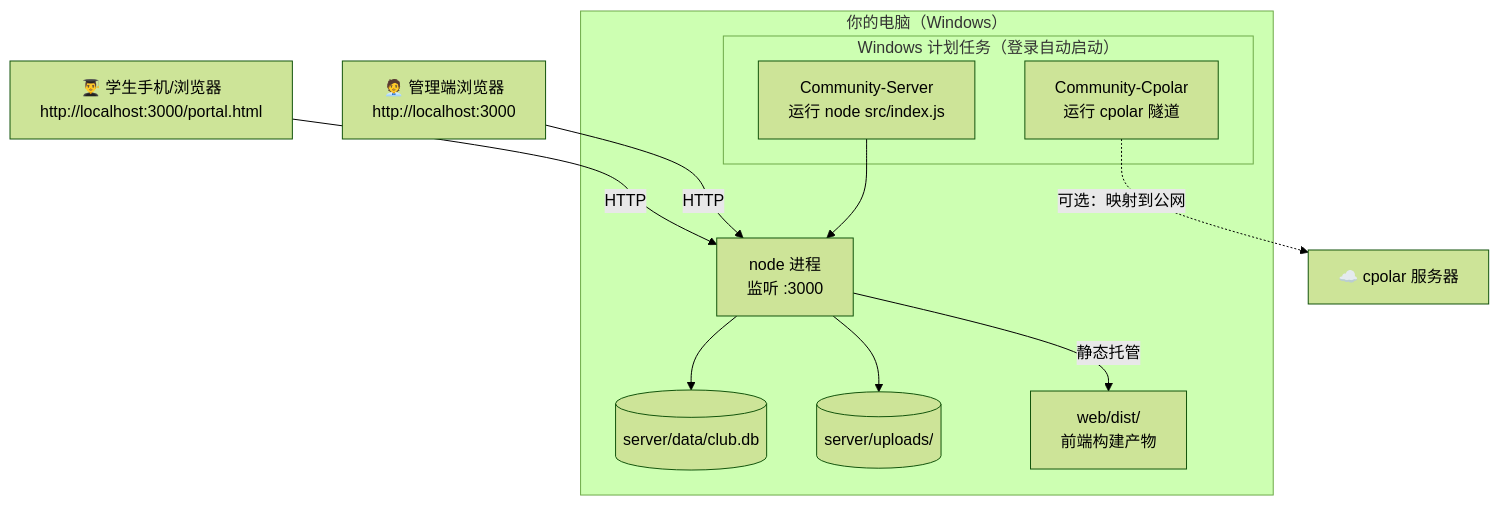
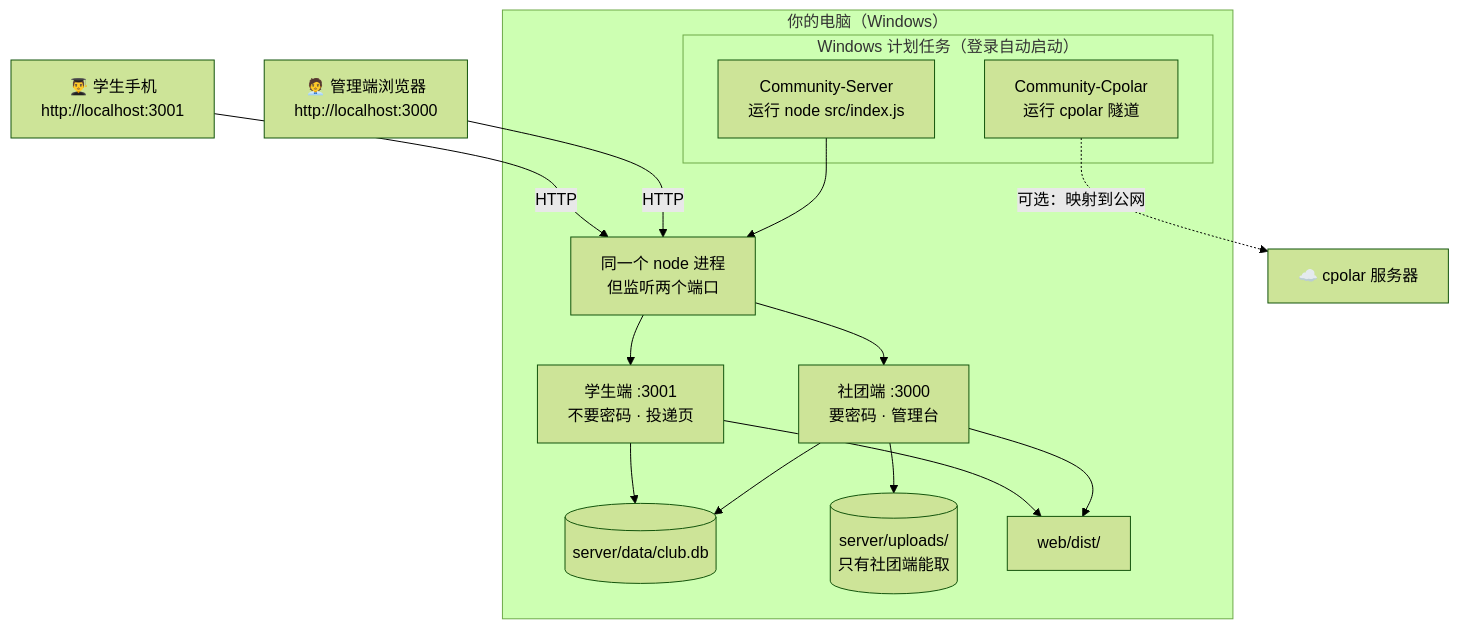
The tenth of 13 diagrams in docs/BEGINNER_GUIDE.md (LLLDIOT/community), drawn with Mermaid (forest theme) before and after one commit. The commit also changed 15 other files, not shown here.

````diff
--- a/docs/BEGINNER_GUIDE.md
+++ b/docs/BEGINNER_GUIDE.md
@@ -665,25 +665,31 @@
 ```mermaid
 flowchart TB
     subgraph PC["你的电脑（Windows）"]
         subgraph 任务["Windows 计划任务（登录自动启动）"]
             T1["Community-Server<br/>运行 node src/index.js"]
             T2["Community-Cpolar<br/>运行 cpolar 隧道"]
         end
-        N["node 进程<br/>监听 :3000"]
+        N["同一个 node 进程<br/>但监听两个端口"]
+        CLUB["社团端 :3000<br/>要密码 · 管理台"]
+        STU["学生端 :3001<br/>不要密码 · 投递页"]
         DBF[("server/data/club.db")]
-        UP[("server/uploads/")]
-        DIST["web/dist/<br/>前端构建产物"]
+        UP[("server/uploads/<br/>只有社团端能取")]
+        DIST["web/dist/"]
 
         T1 --> N
-        N --> DBF
-        N --> UP
-        N -->|"静态托管"| DIST
+        N --> CLUB
+        N --> STU
+        CLUB --> DBF
+        STU --> DBF
+        CLUB --> UP
+        CLUB --> DIST
+        STU --> DIST
     end
 
     B1["🧑‍💼 管理端浏览器<br/>http://localhost:3000"]
-    B2["👨‍🎓 学生手机/浏览器<br/>http://localhost:3000/portal.html"]
+    B2["👨‍🎓 学生手机<br/>http://localhost:3001"]
 
     B1 -->|"HTTP"| N
     B2 -->|"HTTP"| N
     T2 -.->|"可选：映射到公网"| NET["☁️ cpolar 服务器"]
 ```
````
